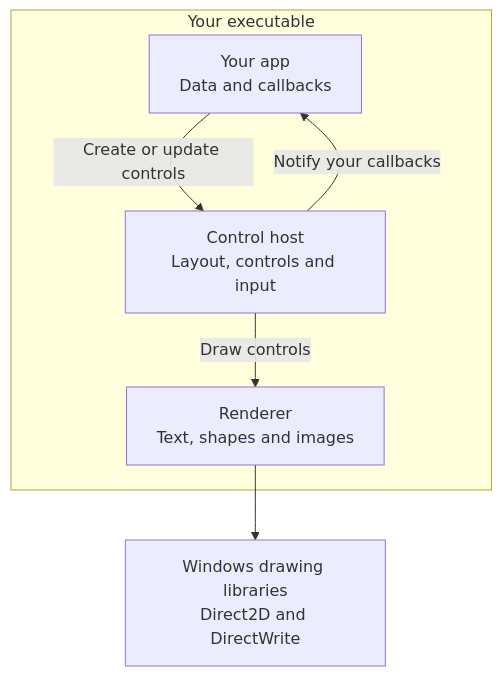
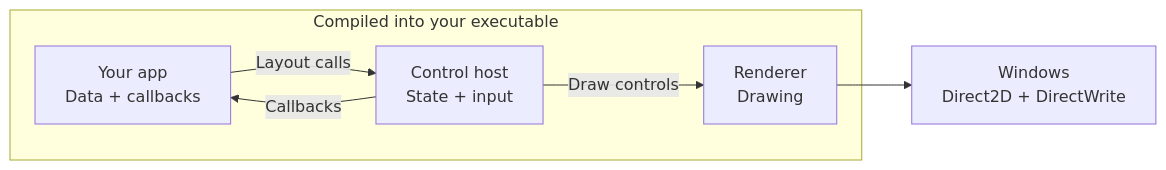
Before and after one commit to live-sound/slim-ui: the first of 2 diagrams in README.md, drawn with Mermaid. The commit also changed other lines of this file and 23 other files, not shown here.

````diff
--- a/README.md
+++ b/README.md
@@ -62,12 +226,12 @@
 ```mermaid
-flowchart TB
-    subgraph exe["Your executable"]
-        app["Your app<br/>Data and callbacks"]
-        host["Control host<br/>Layout, controls and input"]
-        renderer["Renderer<br/>Text, shapes and images"]
-        app -->|"Create or update controls"| host
-        host -->|"Notify your callbacks"| app
+flowchart LR
+    subgraph exe["Compiled into your executable"]
+        app["Your app<br/>Data + callbacks"]
+        host["Control host<br/>State + input"]
+        renderer["Renderer<br/>Drawing"]
+        app -->|"Layout calls"| host
+        host -->|"Callbacks"| app
         host -->|"Draw controls"| renderer
     end
-    renderer --> windows["Windows drawing libraries<br/>Direct2D and DirectWrite"]
+    renderer --> windows["Windows<br/>Direct2D + DirectWrite"]
 ```
````
